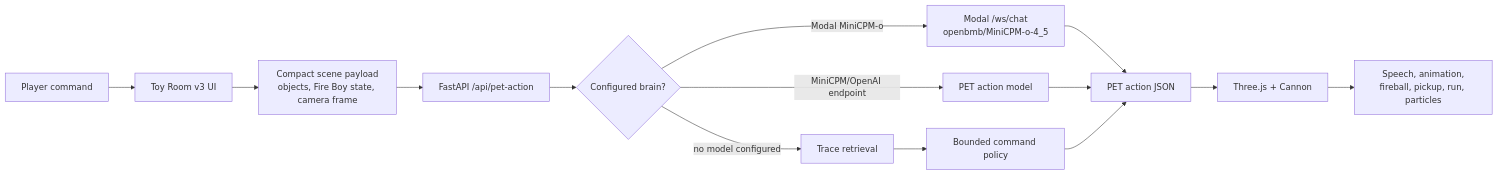
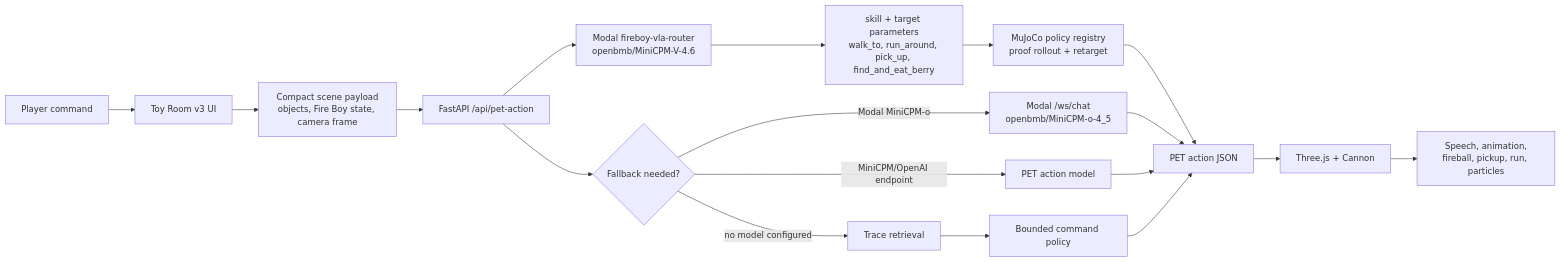
Before and after one commit to sanjuhs/build-small-hackathon-v1: the first of 2 diagrams in docs/prize-qualification.md, drawn with Mermaid. The commit also changed other lines of this file and 10 other files, not shown here.

Commit message:
docs: publish MiniCPM-V VLA artifacts

````diff
--- a/docs/prize-qualification.md
+++ b/docs/prize-qualification.md
@@ -38,16 +42,20 @@
 ```mermaid
 flowchart LR
   Player["Player command"] --> UI["Toy Room v3 UI"]
   UI --> Payload["Compact scene payload\nobjects, Fire Boy state, camera frame"]
   Payload --> API["FastAPI /api/pet-action"]
-  API --> Brain{"Configured brain?"}
+  API --> VLA["Modal fireboy-vla-router\nopenbmb/MiniCPM-V-4.6"]
+  VLA --> Skills["skill + target parameters\nwalk_to, run_around, pick_up, find_and_eat_berry"]
+  Skills --> Mujoco["MuJoCo policy registry\nproof rollout + retarget"]
+  API --> Brain{"Fallback needed?"}
   Brain -->|Modal MiniCPM-o| ModalBrain["Modal /ws/chat\nopenbmb/MiniCPM-o-4_5"]
   Brain -->|MiniCPM/OpenAI endpoint| Model["PET action model"]
   Brain -->|no model configured| Trace["Trace retrieval"]
   Trace --> Fallback["Bounded command policy"]
+  Mujoco --> Action["PET action JSON"]
   ModalBrain --> Action["PET action JSON"]
   Model --> Action["PET action JSON"]
   Fallback --> Action
   Action --> Renderer["Three.js + Cannon"]
   Renderer --> Result["Speech, animation,\nfireball, pickup, run, particles"]
 ```
````
